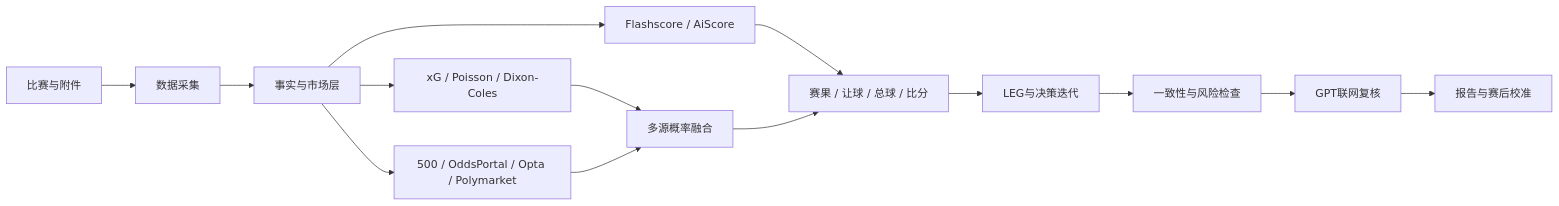
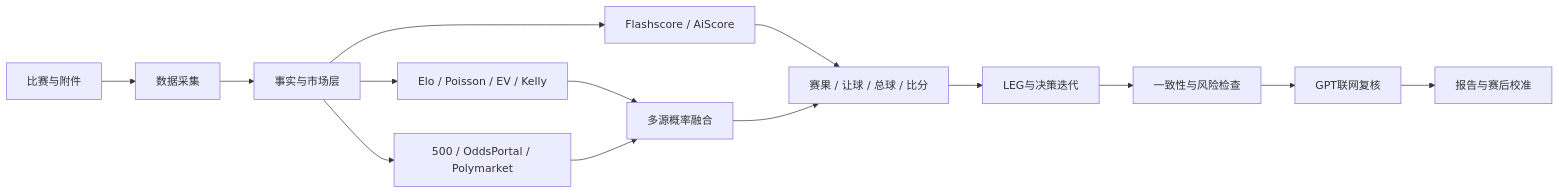
Before and after one commit to tszming1021/football-analystv2: the diagram in README.md, drawn with Mermaid. The commit also changed other lines of this file and 22 other files, not shown here.

````diff
--- a/README.md
+++ b/README.md
@@ -50,16 +50,16 @@
 ```mermaid
 flowchart LR
     A["比赛与附件"] --> B["数据采集"]
     B --> C["事实与市场层"]
-    C --> D["xG / Poisson / Dixon-Coles"]
-    C --> E["500 / OddsPortal / Opta / Polymarket"]
+    C --> D["Elo / Poisson / EV / Kelly"]
+    C --> E["500 / OddsPortal / Polymarket"]
     C --> L["Flashscore / AiScore"]
     D --> F["多源概率融合"]
     E --> F
     L --> G
     F --> G["赛果 / 让球 / 总球 / 比分"]
     G --> H["LEG与决策迭代"]
     H --> I["一致性与风险检查"]
     I --> J["GPT联网复核"]
     J --> K["报告与赛后校准"]
 ```
````
